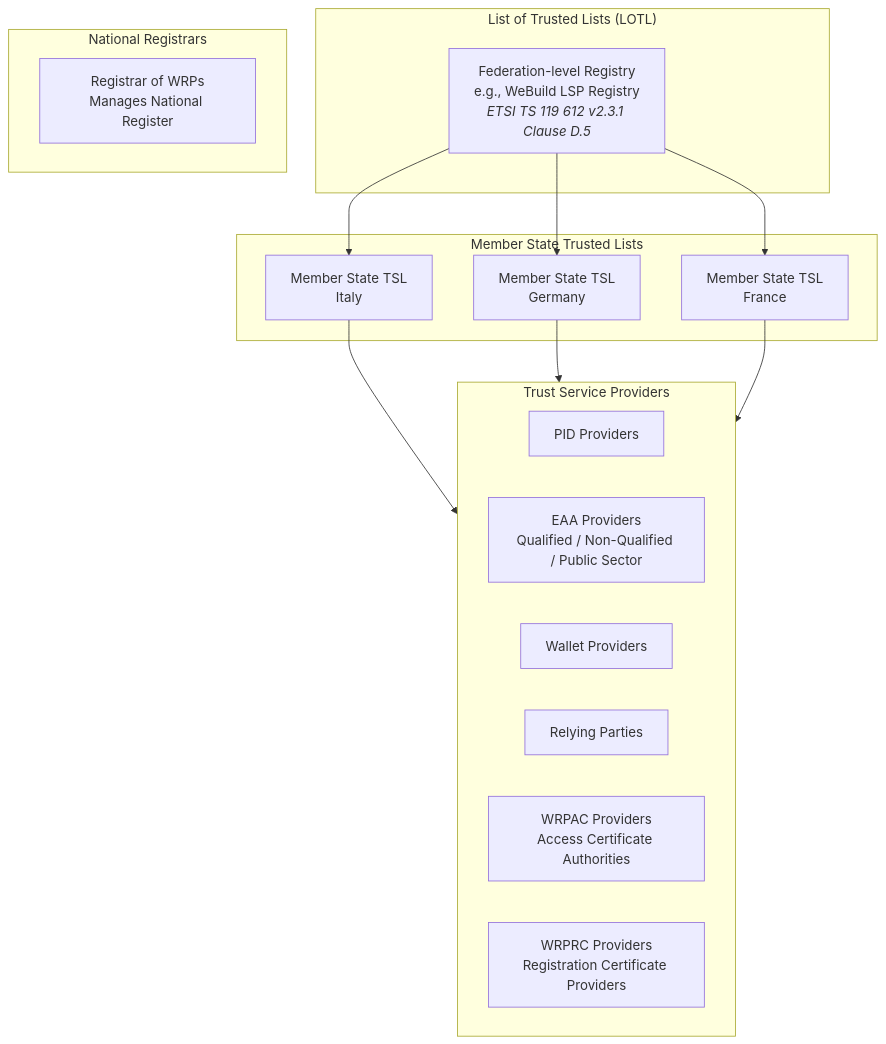
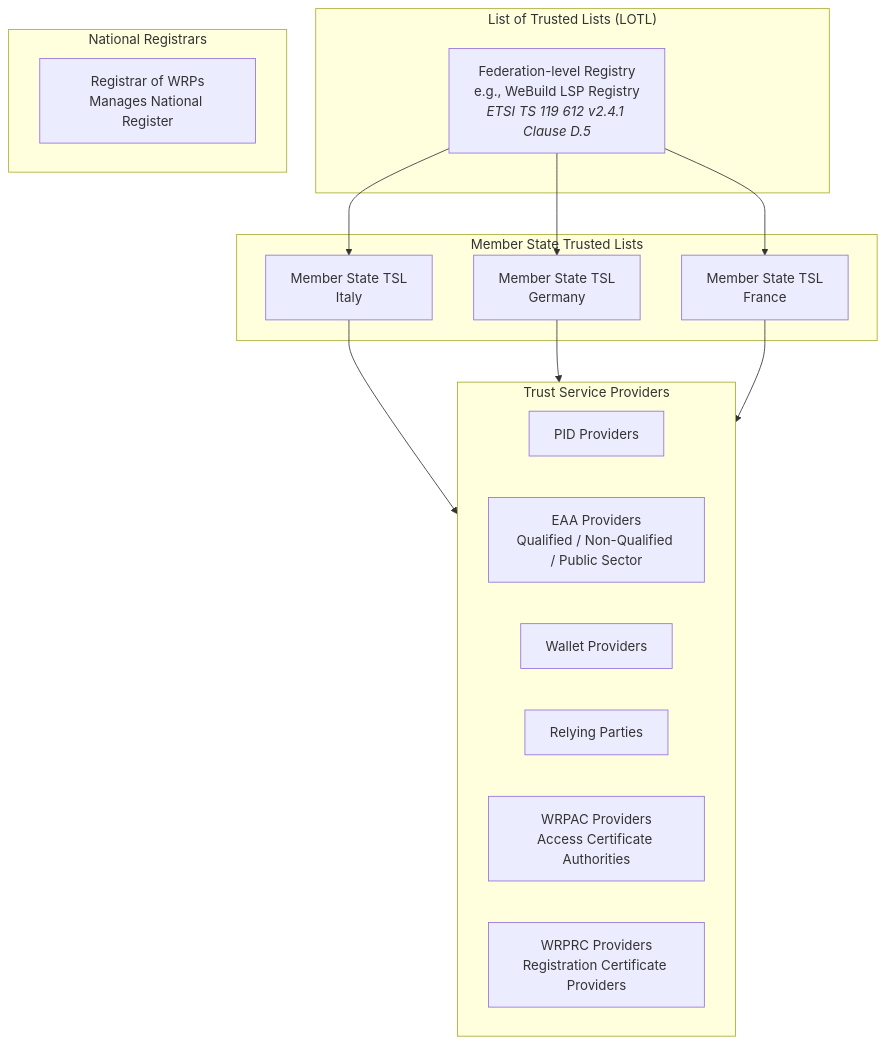
Before and after one commit to webuild-consortium/wp4-trust-group: the first of 11 diagrams in task2-trust-framework/wallet-policy-discovery.md, drawn with Mermaid. The commit also changed other lines of this file and 2 other files, not shown here.

````diff
--- a/task2-trust-framework/wallet-policy-discovery.md
+++ b/task2-trust-framework/wallet-policy-discovery.md
@@ -52,33 +38,33 @@
 ```mermaid
 graph TD
     subgraph LOTL["List of Trusted Lists (LOTL)"]
-        L[Federation-level Registry<br/>e.g., WeBuild LSP Registry<br/><i>ETSI TS 119 612 v2.3.1 Clause D.5</i>]
+        L[Federation-level Registry<br/>e.g., WeBuild LSP Registry<br/><i>ETSI TS 119 612 v2.4.1 Clause D.5</i>]
     end
     
     subgraph MS["Member State Trusted Lists"]
         IT[Member State TSL<br/>Italy]
         DE[Member State TSL<br/>Germany]
         FR[Member State TSL<br/>France]
     end
     
     subgraph TSP["Trust Service Providers"]
         PID[PID Providers]
         EAA[EAA Providers<br/>Qualified / Non-Qualified / Public Sector]
         WP[Wallet Providers]
         RP[Relying Parties]
         WRPAC_CA[WRPAC Providers<br/>Access Certificate Authorities]
         WRPRC_P[WRPRC Providers<br/>Registration Certificate Providers]
     end
     
     subgraph REG["National Registrars"]
         REG_WRP[Registrar of WRPs<br/>Manages National Register]
     end
     
     L --> IT
     L --> DE
     L --> FR
     
     IT --> TSP
     DE --> TSP
     FR --> TSP
 ```
````
